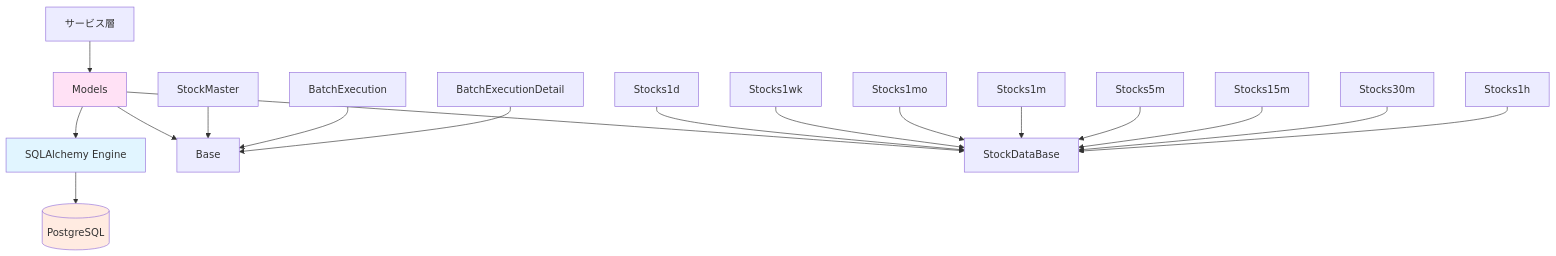
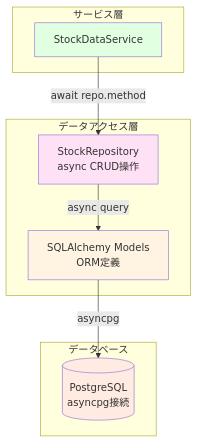
Before and after one commit to TIMMY-WEST/STOCK-INVESTMENT-ANALYZER: the first of 3 diagrams in docs/architecture/layers/data_access_layer.md, drawn with Mermaid. The commit also changed other lines of this file, not shown here.

````diff
--- a/docs/architecture/layers/data_access_layer.md
+++ b/docs/architecture/layers/data_access_layer.md
@@ -83,26 +609,24 @@
 ```mermaid
 graph TB
-    Service[サービス層] --> Models[Models]
-    Models --> Engine[SQLAlchemy Engine]
-    Engine --> PostgreSQL[(PostgreSQL)]
+    subgraph ServiceLayer[サービス層]
+        Service[StockDataService]
+    end
 
-    Models --> Base[Base]
-    Models --> StockDataBase[StockDataBase]
+    subgraph DataAccessLayer[データアクセス層]
+        Repo[StockRepository<br/>async CRUD操作]
+        Model[SQLAlchemy Models<br/>ORM定義]
+    end
 
-    Stocks1d --> StockDataBase
-    Stocks1wk --> StockDataBase
-    Stocks1mo --> StockDataBase
-    Stocks1m --> StockDataBase
-    Stocks5m --> StockDataBase
-    Stocks15m --> StockDataBase
-    Stocks30m --> StockDataBase
-    Stocks1h --> StockDataBase
+    subgraph Database[データベース]
+        PostgreSQL[(PostgreSQL<br/>asyncpg接続)]
+    end
 
-    StockMaster --> Base
-    BatchExecution --> Base
-    BatchExecutionDetail --> Base
+    Service -->|await repo.method| Repo
+    Repo -->|async query| Model
+    Model -->|asyncpg| PostgreSQL
 
-    style Models fill:#ffe1f5
-    style Engine fill:#e1f5ff
+    style Service fill:#e1ffe1
+    style Repo fill:#ffe1f5
+    style Model fill:#fff4e1
     style PostgreSQL fill:#ffebe1
 ```
````
